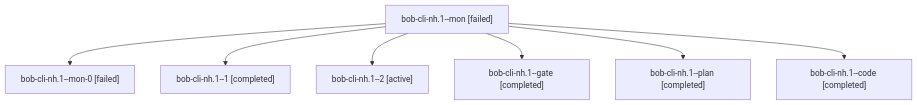
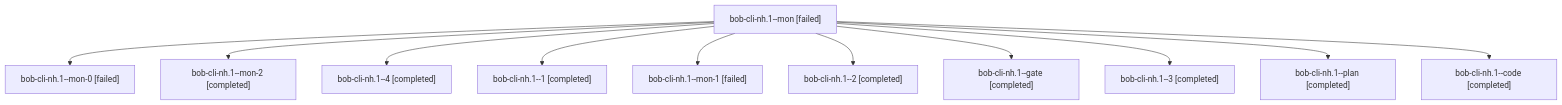
The diagram in sessions/bbugyi200.athena.bob-cli-nh.1.md (bobs-org/bob-cli--agents), drawn with Mermaid before and after one commit. The commit also changed other lines of this file and 101 other files, not shown here.

````diff
--- a/sessions/bbugyi200.athena.bob-cli-nh.1.md
+++ b/sessions/bbugyi200.athena.bob-cli-nh.1.md
@@ -9,16 +9,24 @@
 ```mermaid
 flowchart TD
   n0["bob-cli-nh.1--mon [failed]"]
   n1["bob-cli-nh.1--mon-0 [failed]"]
   n0 --> n1
-  n2["bob-cli-nh.1--1 [completed]"]
+  n2["bob-cli-nh.1--mon-2 [completed]"]
   n0 --> n2
-  n3["bob-cli-nh.1--2 [active]"]
+  n3["bob-cli-nh.1--4 [completed]"]
   n0 --> n3
-  n4["bob-cli-nh.1--gate [completed]"]
+  n4["bob-cli-nh.1--1 [completed]"]
   n0 --> n4
-  n5["bob-cli-nh.1--plan [completed]"]
+  n5["bob-cli-nh.1--mon-1 [failed]"]
   n0 --> n5
-  n6["bob-cli-nh.1--code [completed]"]
+  n6["bob-cli-nh.1--2 [completed]"]
   n0 --> n6
+  n7["bob-cli-nh.1--gate [completed]"]
+  n0 --> n7
+  n8["bob-cli-nh.1--3 [completed]"]
+  n0 --> n8
+  n9["bob-cli-nh.1--plan [completed]"]
+  n0 --> n9
+  n10["bob-cli-nh.1--code [completed]"]
+  n0 --> n10
 ```
````
